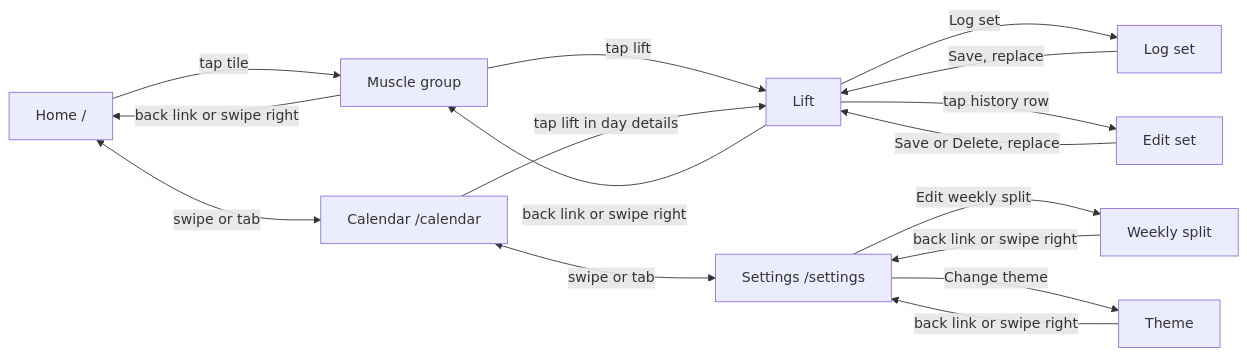
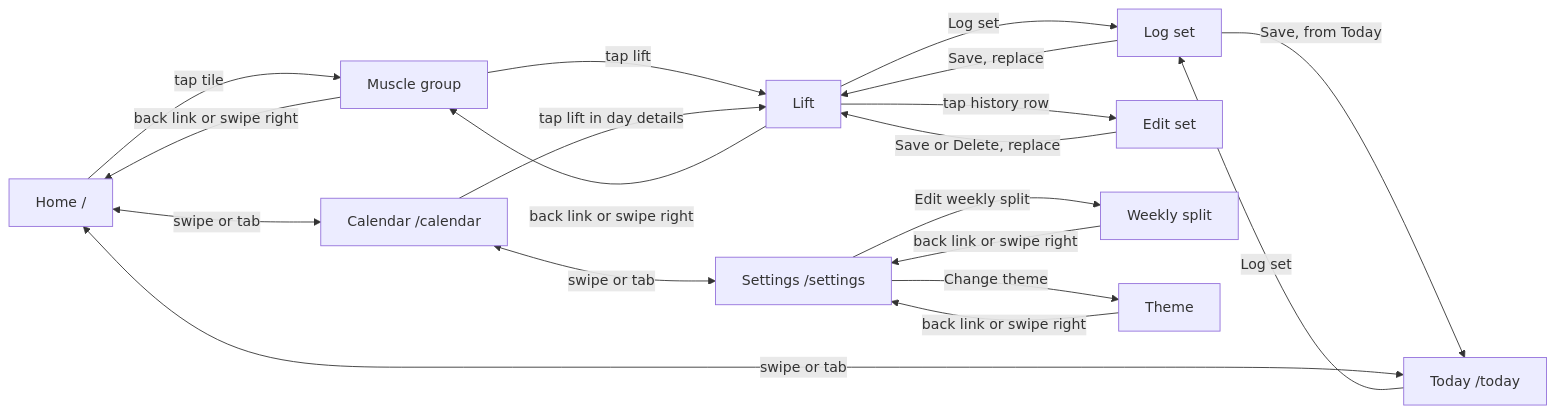
One commit to coopermay/fitness-tracker changed the second of 3 diagrams in docs/06-frontend/README.md. Above: the diagram before and after it, drawn with Mermaid. The commit also changed other lines of this file and 47 other files, not shown here.

First line of the commit message:
Today tab: usual lifts, last session and targets; target rep range setting

````diff
--- a/docs/06-frontend/README.md
+++ b/docs/06-frontend/README.md
@@ -57,18 +58,21 @@
 ```mermaid
 flowchart LR
     Home["Home /"] -->|tap tile| MG["Muscle group"]
     MG -->|tap lift| Lift["Lift"]
     Lift -->|Log set| Log["Log set"]
     Lift -->|tap history row| Edit["Edit set"]
     Log -->|Save, replace| Lift
     Edit -->|Save or Delete, replace| Lift
     MG -->|back link or swipe right| Home
     Lift -->|back link or swipe right| MG
     Cal["Calendar /calendar"] -->|tap lift in day details| Lift
+    Today["Today /today"] <-->|swipe or tab| Home
+    Today -->|Log set| Log
+    Log -->|Save, from Today| Today
     Home <-->|swipe or tab| Cal
     Cal <-->|swipe or tab| Set["Settings /settings"]
     Set -->|Edit weekly split| Split["Weekly split"]
     Split -->|back link or swipe right| Set
     Set -->|Change theme| Theme["Theme"]
     Theme -->|back link or swipe right| Set
 ```
````
